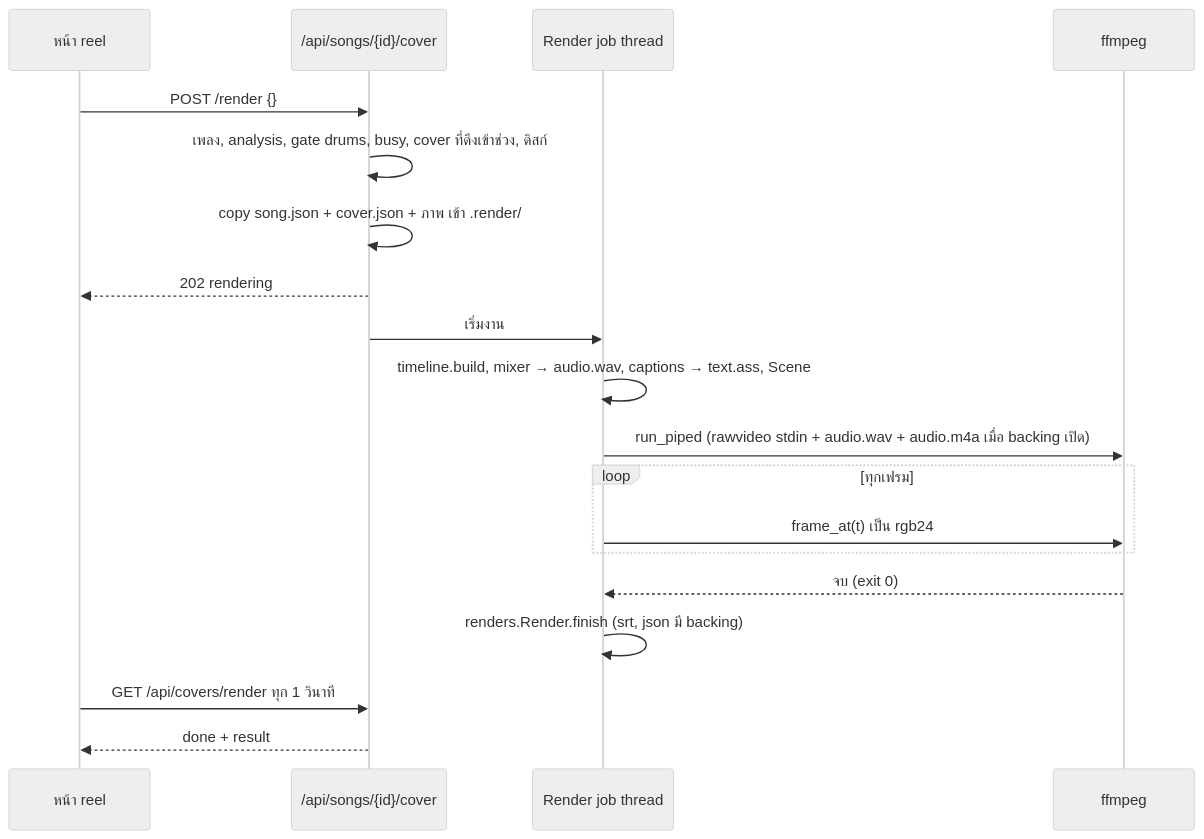
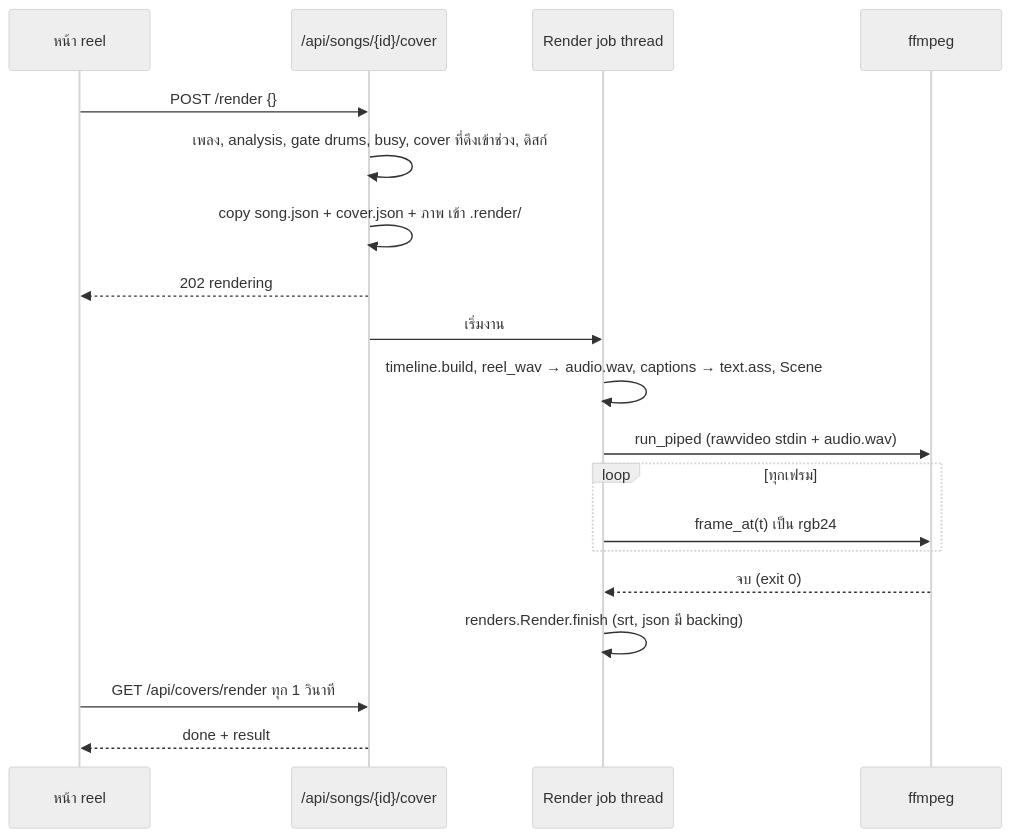
The second of 3 diagrams in docs/features/drum-cover/flow.md (mousemouse094526/framecraft), drawn with Mermaid (neutral theme) before and after one commit. The commit also changed other lines of this file and 14 other files, not shown here.

````diff
--- a/docs/features/drum-cover/flow.md
+++ b/docs/features/drum-cover/flow.md
@@ -45,21 +50,21 @@
 ```mermaid
 sequenceDiagram
   participant Web as หน้า reel
   participant API as /api/songs/{id}/cover
   participant Job as Render job thread
   participant FF as ffmpeg
   Web->>API: POST /render {}
   API->>API: เพลง, analysis, gate drums, busy, cover ที่ดึงเข้าช่วง, ดิสก์
   API->>API: copy song.json + cover.json + ภาพ เข้า .render/
   API-->>Web: 202 rendering
   API->>Job: เริ่มงาน
-  Job->>Job: timeline.build, mixer → audio.wav, captions → text.ass, Scene
-  Job->>FF: run_piped (rawvideo stdin + audio.wav + audio.m4a เมื่อ backing เปิด)
+  Job->>Job: timeline.build, reel_wav → audio.wav, captions → text.ass, Scene
+  Job->>FF: run_piped (rawvideo stdin + audio.wav)
   loop ทุกเฟรม
     Job->>FF: frame_at(t) เป็น rgb24
   end
   FF-->>Job: จบ (exit 0)
   Job->>Job: renders.Render.finish (srt, json มี backing)
   Web->>API: GET /api/covers/render ทุก 1 วินาที
   API-->>Web: done + result
 ```
````
